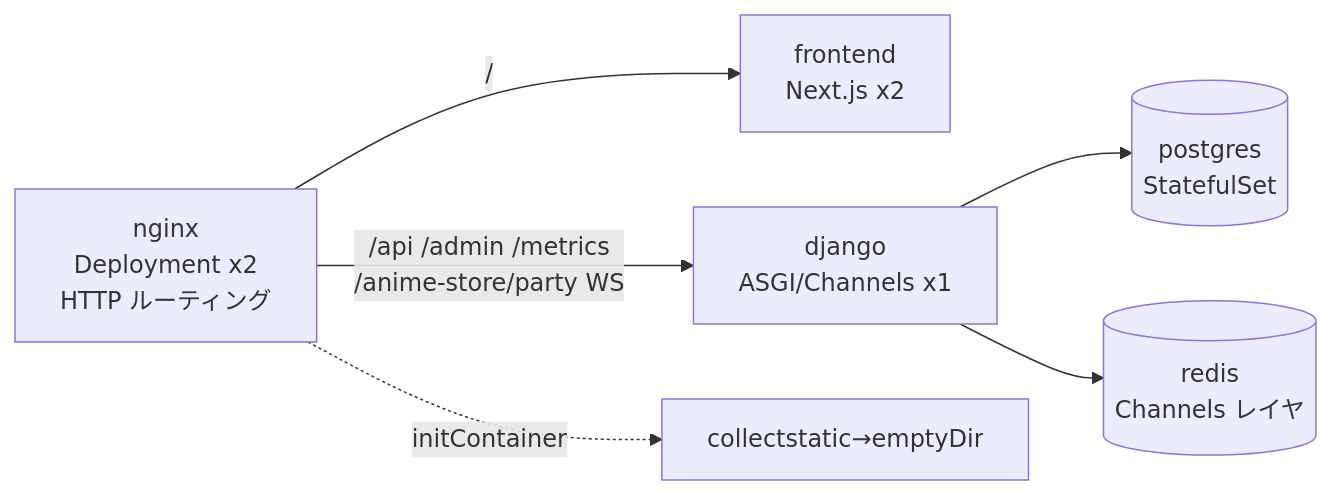
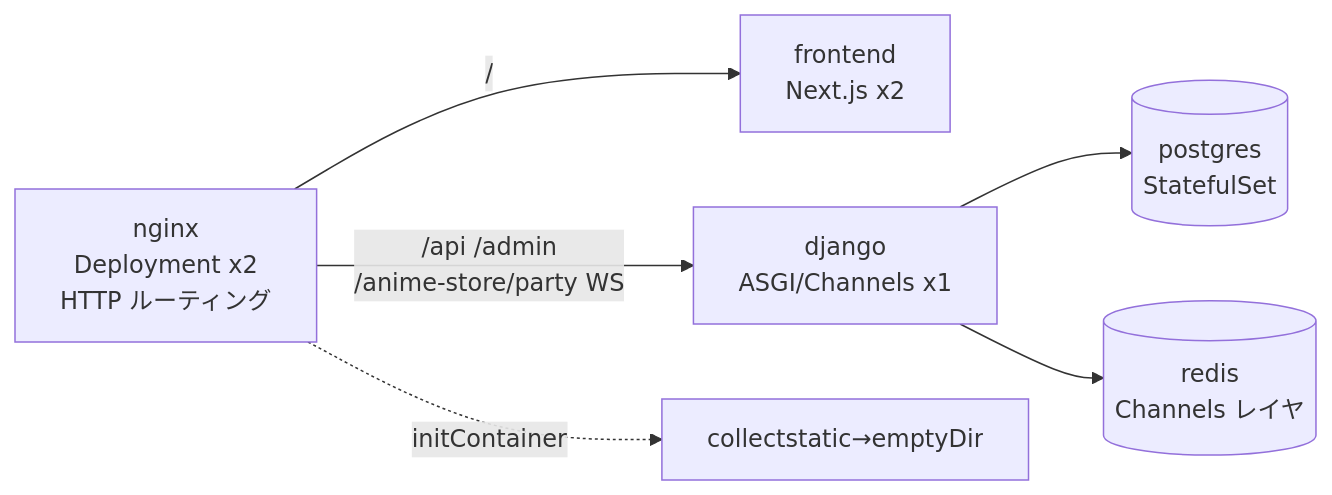
Before and after one commit to d-party/d-party: the second of 5 diagrams in infra/README.md, drawn with Mermaid. The commit also changed 3 other files, not shown here.

Commit message:
chore(nginx): drop the stale /metrics route and placeholder settings

````diff
--- a/infra/README.md
+++ b/infra/README.md
@@ -98,8 +98,8 @@
 ```mermaid
 flowchart LR
     NGINX[nginx<br/>Deployment x2<br/>HTTP ルーティング] -->|/| FE[frontend<br/>Next.js x2]
-    NGINX -->|/api /admin /metrics<br/>/anime-store/party WS| DJ[django<br/>ASGI/Channels x1]
+    NGINX -->|/api /admin<br/>/anime-store/party WS| DJ[django<br/>ASGI/Channels x1]
     DJ --> PG[(postgres<br/>StatefulSet)]
     DJ --> RD[(redis<br/>Channels レイヤ)]
     NGINX -. initContainer .-> ST[collectstatic→emptyDir]
 ```
````
